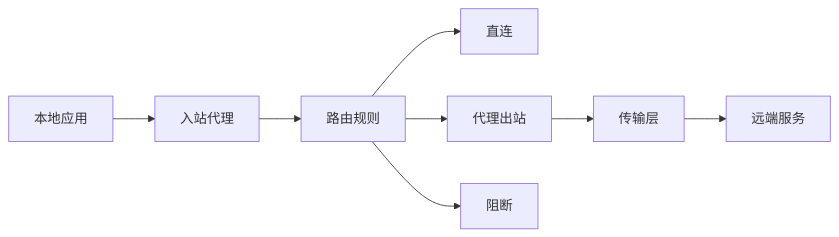
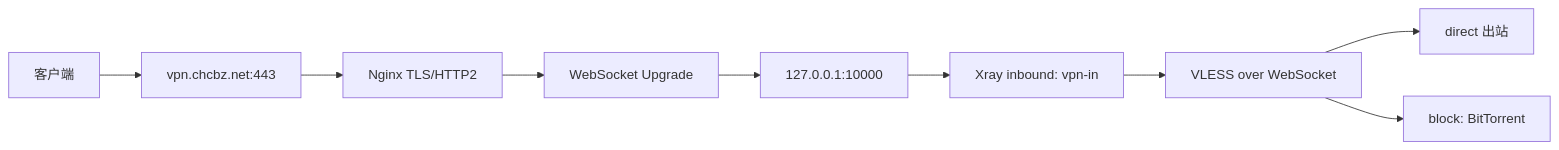
One commit to chcbz/chcbz.github.io changed the third of 10 diagrams in docs/article/2026/202608170000.md. Above: the diagram before and after it, drawn with Mermaid. The commit also changed other lines of this file, not shown here.

Commit message:
docs: restructure xray network evolution story

````diff
--- a/docs/article/2026/202608170000.md
+++ b/docs/article/2026/202608170000.md
@@ -146,10 +258,11 @@
 ```mermaid
 flowchart LR
-    A[本地应用] --> B[入站代理]
-    B --> C[路由规则]
-    C --> D[直连]
-    C --> E[代理出站]
-    C --> F[阻断]
-    E --> G[传输层]
-    G --> H[远端服务]
+    A[客户端] --> B[vpn.chcbz.net:443]
+    B --> C[Nginx TLS/HTTP2]
+    C --> D[WebSocket Upgrade]
+    D --> E[127.0.0.1:10000]
+    E --> F[Xray inbound: vpn-in]
+    F --> G[VLESS over WebSocket]
+    G --> H[direct 出站]
+    G --> I[block: BitTorrent]
 ```
````
